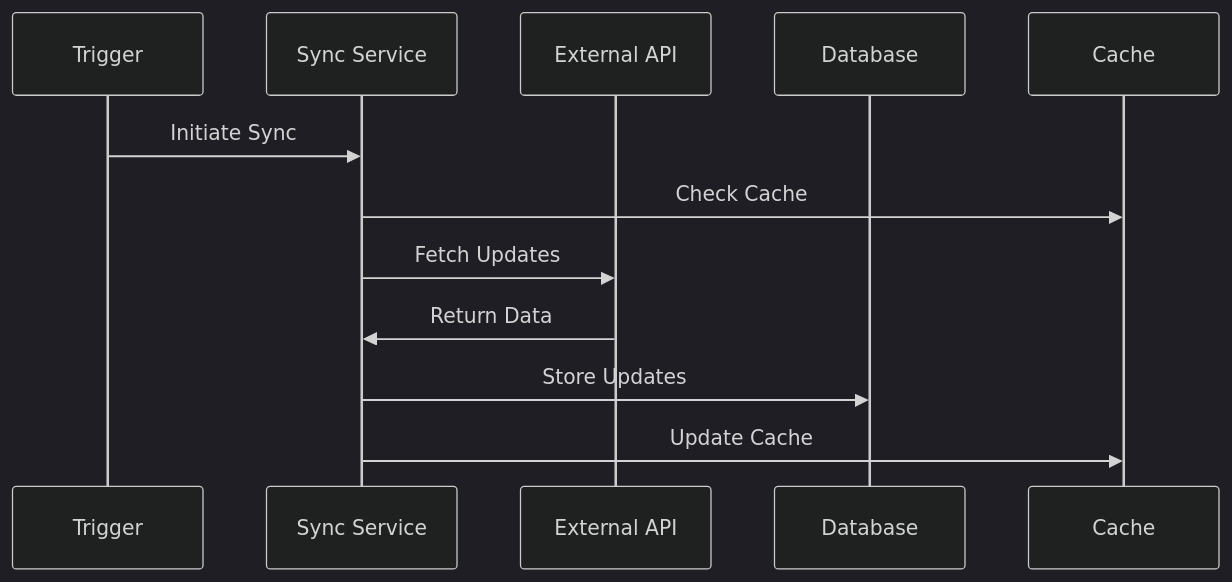
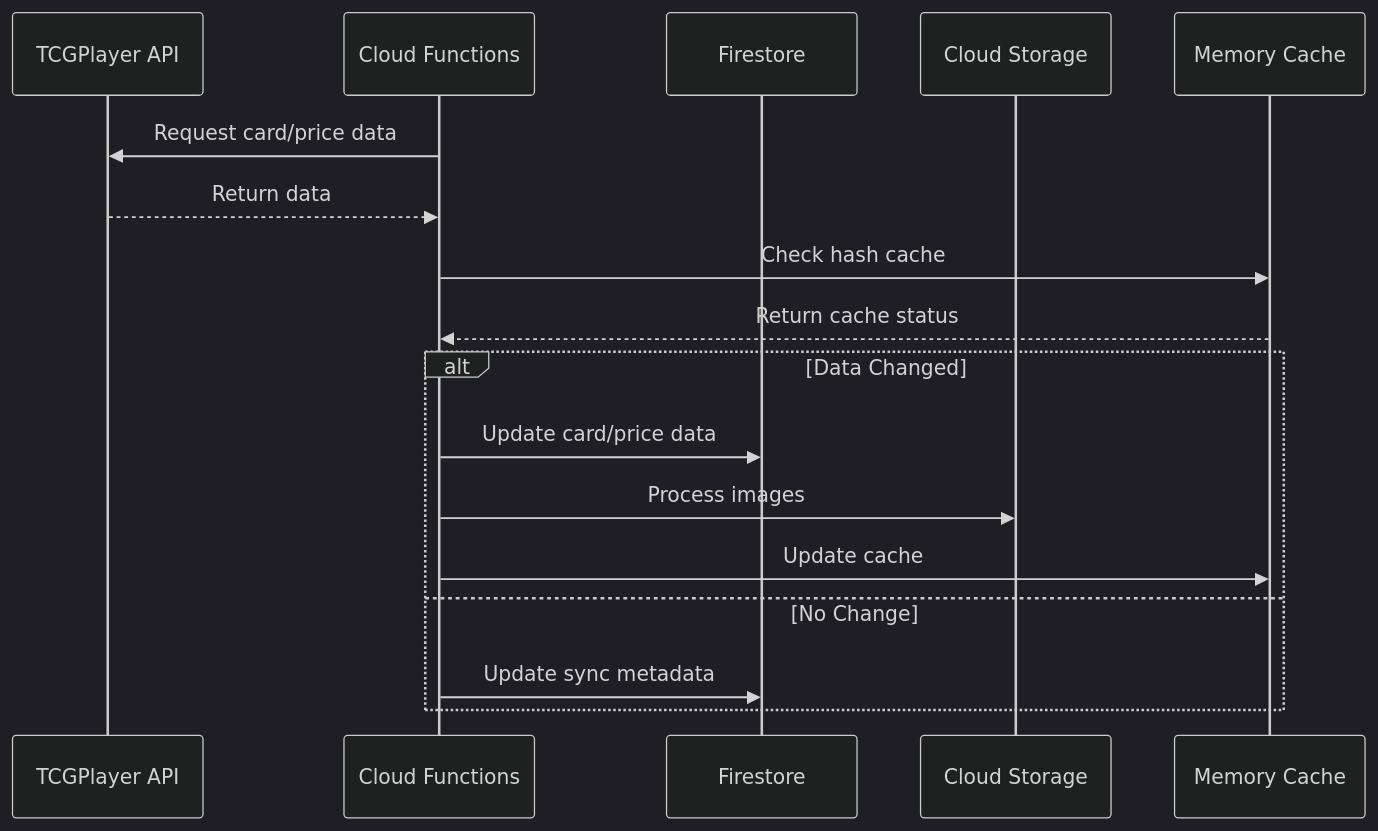
Before and after one commit to mrw1986/fftcg-sync-service: the first of 2 diagrams in docs/architecture.md, drawn with Mermaid (dark theme). The commit also changed other lines of this file and 22 other files, not shown here.

Commit message:
Fixed project structure diagram and file structure. Fixed authentication. Last working build.

````diff
--- a/docs/architecture.md
+++ b/docs/architecture.md
@@ -105,15 +158,21 @@
 ```mermaid
 sequenceDiagram
-    participant T as Trigger
-    participant S as Sync Service
-    participant E as External API
-    participant D as Database
-    participant C as Cache
-   
-    T->>S: Initiate Sync
-    S->>C: Check Cache
-    S->>E: Fetch Updates
-    E->>S: Return Data
-    S->>D: Store Updates
-    S->>C: Update Cache
+    participant TCG as TCGPlayer API
+    participant Func as Cloud Functions
+    participant Store as Firestore
+    participant Storage as Cloud Storage
+    participant Cache as Memory Cache
+
+    Func->>TCG: Request card/price data
+    TCG-->>Func: Return data
+    Func->>Cache: Check hash cache
+    Cache-->>Func: Return cache status
+    
+    alt Data Changed
+        Func->>Store: Update card/price data
+        Func->>Storage: Process images
+        Func->>Cache: Update cache
+    else No Change
+        Func->>Store: Update sync metadata
+    end
 ```
````
